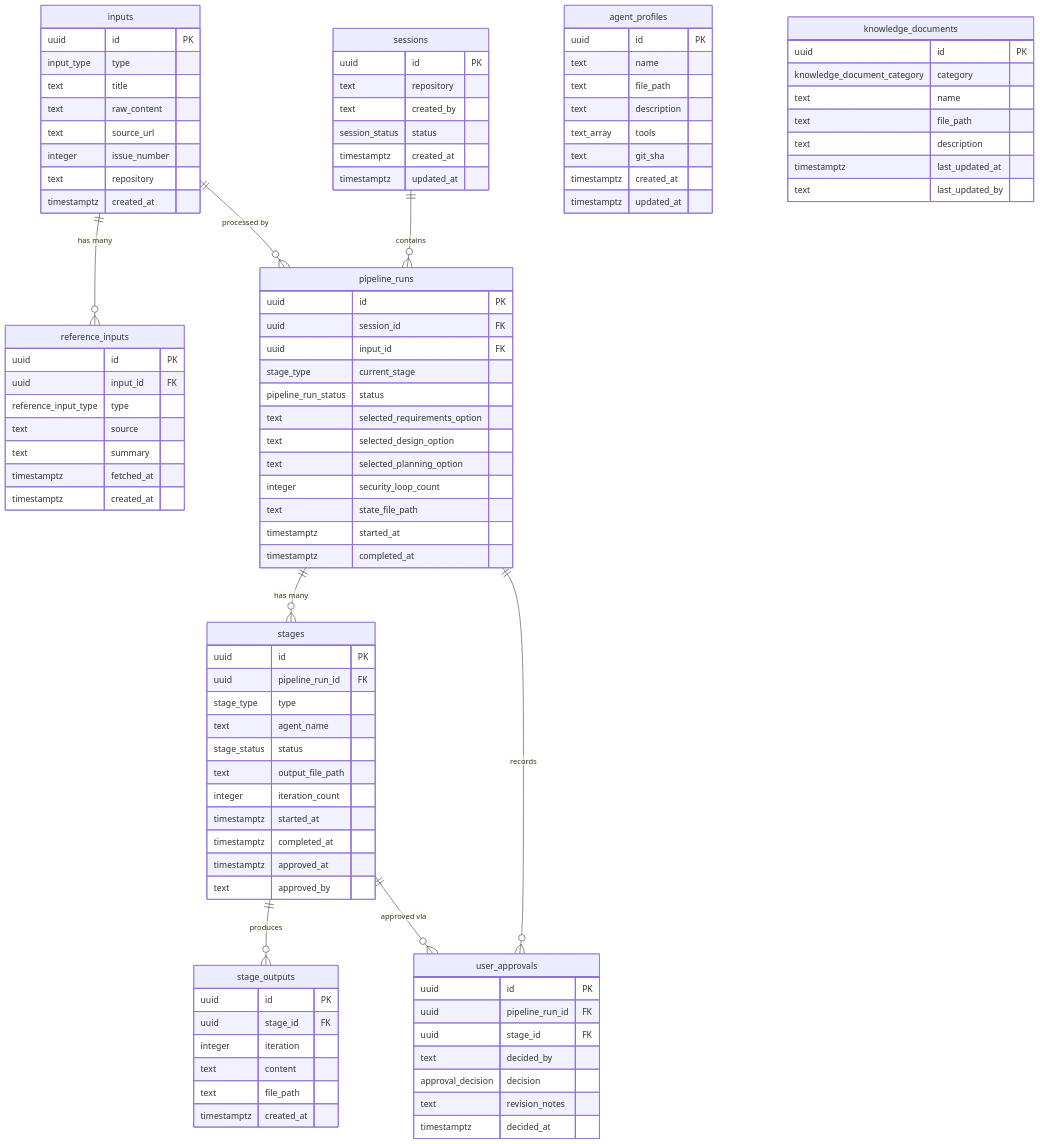
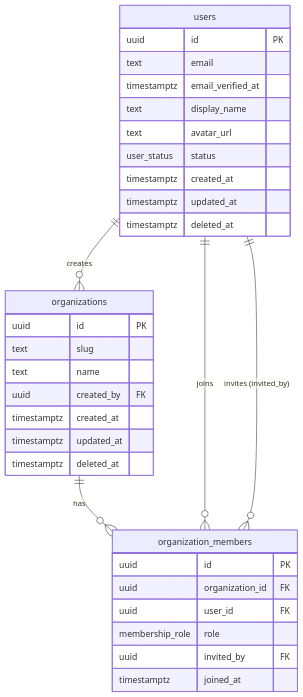
One commit to 64BitAsura/copilot-product-development-orchestrator changed the diagram in docs/knowledge/schema/erd.md. Above: the diagram before and after it, drawn with Mermaid. The commit also changed other lines of this file and 12 other files, not shown here.

First line of the commit message:
Rework docs/knowledge/ as product templates, not orchestrator self-documentation

````diff
--- a/docs/knowledge/schema/erd.md
+++ b/docs/knowledge/schema/erd.md
@@ -8,111 +10,52 @@
 ```mermaid
 erDiagram
 
-    inputs {
+    users {
         uuid        id              PK
-        input_type  type
-        text        title
-        text        raw_content
-        text        source_url
-        integer     issue_number
-        text        repository
+        text        email
+        timestamptz email_verified_at
+        text        display_name
+        text        avatar_url
+        user_status status
         timestamptz created_at
+        timestamptz updated_at
+        timestamptz deleted_at
     }
 
-    reference_inputs {
-        uuid                    id          PK
-        uuid                    input_id    FK
-        reference_input_type    type
-        text                    source
-        text                    summary
-        timestamptz             fetched_at
-        timestamptz             created_at
+    organizations {
+        uuid        id          PK
+        text        slug
+        text        name
+        uuid        created_by  FK
+        timestamptz created_at
+        timestamptz updated_at
+        timestamptz deleted_at
     }
 
-    sessions {
-        uuid            id          PK
-        text            repository
-        text            created_by
-        session_status  status
-        timestamptz     created_at
-        timestamptz     updated_at
+    organization_members {
+        uuid            id              PK
+        uuid            organization_id FK
+        uuid            user_id         FK
+        membership_role role
+        uuid            invited_by      FK
+        timestamptz     joined_at
     }
 
-    pipeline_runs {
-        uuid                    id                              PK
-        uuid                    session_id                      FK
-        uuid                    input_id                        FK
-        stage_type              current_stage
-        pipeline_run_status     status
-        text                    selected_requirements_option
-        text                    selected_design_option
-        text                    selected_planning_option
-        integer                 security_loop_count
-        text                    state_file_path
-        timestamptz             started_at
-        timestamptz             completed_at
-    }
-
-    stages {
-        uuid            id                  PK
-        uuid            pipeline_run_id     FK
-        stage_type      type
-        text            agent_name
-        stage_status    status
-        text            output_file_path
-        integer         iteration_count
-        timestamptz     started_at
-        timestamptz     completed_at
-        timestamptz     approved_at
-        text            approved_by
-    }
-
-    stage_outputs {
-        uuid        id          PK
-        uuid        stage_id    FK
-        integer     iteration
-        text        content
-        text        file_path
-        timestamptz created_at
-    }
-
-    agent_profiles {
-        uuid        id          PK
-        text        name
-        text        file_path
-        text        description
-        text_array  tools
-        text        git_sha
-        timestamptz created_at
-        timestamptz updated_at
-    }
-
-    knowledge_documents {
-        uuid                            id              PK
-        knowledge_document_category     category
-        text                            name
-        text                            file_path
-        text                            description
-        timestamptz                     last_updated_at
-        text                            last_updated_by
-    }
-
-    user_approvals {
-        uuid                id                  PK
-        uuid                pipeline_run_id     FK
-        uuid                stage_id            FK
-        text                decided_by
-        approval_decision   decision
-        text                revision_notes
-        timestamptz         decided_at
-    }
+    %% --- Add your product's entities here ---
+    %% your_entity {
+    %%     uuid  id              PK
+    %%     uuid  organization_id FK
+    %%     uuid  created_by      FK
+    %%     text  name
+    %% }
 
     %% Relationships
-    inputs              ||--o{    reference_inputs    : "has many"
-    sessions            ||--o{    pipeline_runs       : "contains"
-    inputs              ||--o{    pipeline_runs       : "processed by"
-    pipeline_runs       ||--o{    stages              : "has many"
-    stages              ||--o{    stage_outputs       : "produces"
-    pipeline_runs       ||--o{    user_approvals      : "records"
-    stages              ||--o{    user_approvals      : "approved via"
+    users               ||--o{    organizations           : "creates"
+    organizations       ||--o{    organization_members    : "has"
+    users               ||--o{    organization_members    : "joins"
+    users               ||--o{    organization_members    : "invites (invited_by)"
+
+    %% Add your relationships:
+    %% organizations  ||--o{ your_entity : "contains"
+    %% users          ||--o{ your_entity : "creates"
 ```
````
